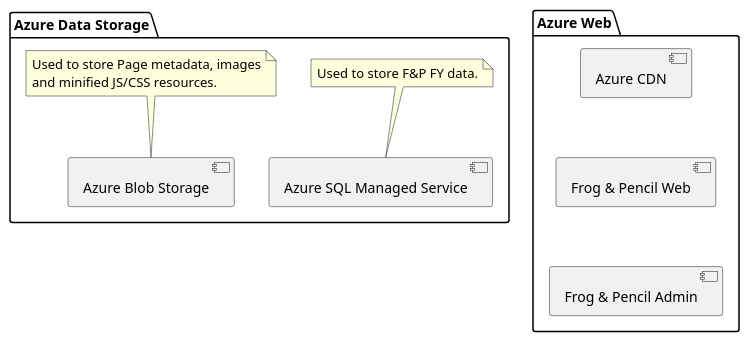
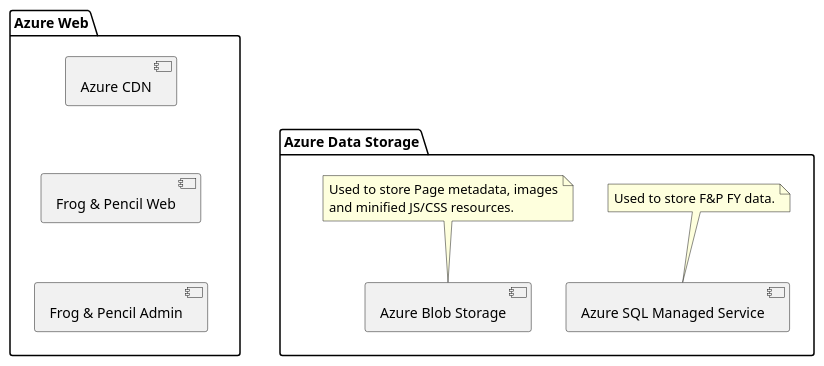
One commit to bearandhammer/knowledge-vault changed the diagram in obsidian-vault/🐸 Frog & Pencil/Architecture Diagram.md. Above: the diagram before and after it, drawn with PlantUML.

Commit message:
Lews PC vault backup: 06/04/2022 21:02:57
Affected files:
obsidian-vault/🐸 Frog & Pencil/Architecture Diagram.md

````diff
--- a/obsidian-vault/🐸 Frog & Pencil/Architecture Diagram.md
+++ b/obsidian-vault/🐸 Frog & Pencil/Architecture Diagram.md
@@ -9,27 +9,29 @@
 ```plantuml
-package "Azure Data Storage" {
+package "Azure Data Storage" as ADS {
 [Azure Blob Storage] as ABS
 [Azure SQL Managed Service] as ASMS
 
 note top of ABS
 	Used to store Page metadata, images
 	and minified JS/CSS resources.
 end note
 
 note top of ASMS
 	Used to store F&P FY data.
 end note
 
 ABS -[hidden]> ASMS
 }
 
 
-package "Azure Web" {
+package "Azure Web" as AW {
 [Azure CDN] as ACDN
 [Frog & Pencil Web] as FPW
 [Frog & Pencil Admin] as FPA
 
 ACDN -[hidden]-> FPW
 FPW -[hidden]-> FPA
 }
+
+ADS -[hidden]u-> AW
 ```
````
